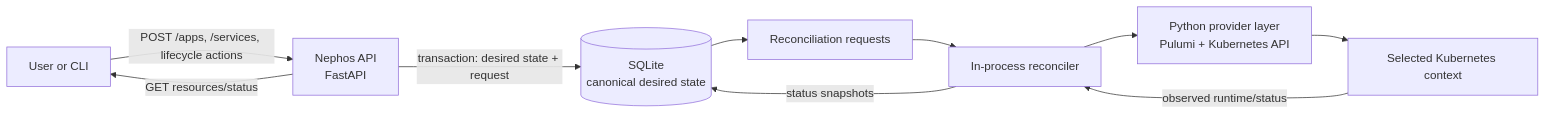
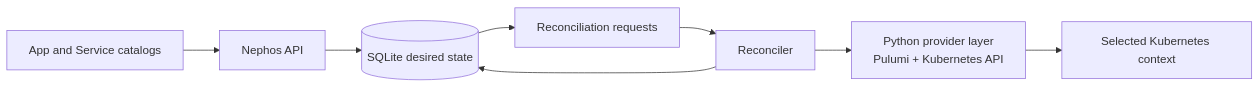
One commit to fcrozetta/nephos changed the diagram in README.md. Above: the diagram before and after it, drawn with Mermaid. The commit also changed other lines of this file, not shown here.

Commit message:
Refocus root README for Nephos users

````diff
--- a/README.md
+++ b/README.md
@@ -13,20 +74,18 @@
 ```mermaid
 flowchart LR
-  user["User or CLI"]
-  api["Nephos API\nFastAPI"]
-  db[("SQLite\ncanonical desired state")]
+  catalog["App and Service catalogs"]
+  api["Nephos API"]
+  db[("SQLite desired state")]
   queue["Reconciliation requests"]
-  reconciler["In-process reconciler"]
+  worker["Reconciler"]
   providers["Python provider layer\nPulumi + Kubernetes API"]
-  cluster["Selected Kubernetes context"]
+  kube["Selected Kubernetes context"]
 
-  user -->|"POST /apps, /services, lifecycle actions"| api
-  api -->|"transaction: desired state + request"| db
+  catalog --> api
+  api --> db
   db --> queue
-  queue --> reconciler
-  reconciler --> providers
-  providers --> cluster
-  cluster -->|"observed runtime/status"| reconciler
-  reconciler -->|"status snapshots"| db
-  api -->|"GET resources/status"| user
+  queue --> worker
+  worker --> providers
+  providers --> kube
+  worker --> db
 ```
````
